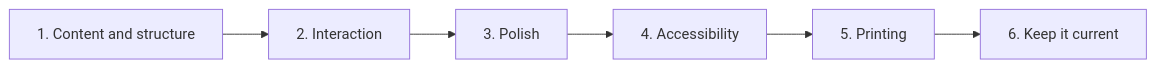
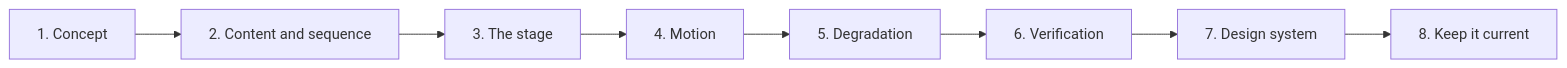
Before and after one commit to MoAbboud/PortFolio: the diagram in resume/requirements/00-plan.md, drawn with Mermaid. The commit also changed other lines of this file and 7 other files, not shown here.

````diff
--- a/resume/requirements/00-plan.md
+++ b/resume/requirements/00-plan.md
@@ -17,8 +14,10 @@
 ```mermaid
 flowchart LR
-    S1[1. Content and structure] --> S2[2. Interaction]
-    S2 --> S3[3. Polish]
-    S3 --> S4[4. Accessibility]
-    S4 --> S5[5. Printing]
-    S5 --> S6[6. Keep it current]
+    S1[1. Concept] --> S2[2. Content and sequence]
+    S2 --> S3[3. The stage]
+    S3 --> S4[4. Motion]
+    S4 --> S5[5. Degradation]
+    S5 --> S6[6. Verification]
+    S6 --> S7[7. Design system]
+    S7 --> S8[8. Keep it current]
 ```
````
